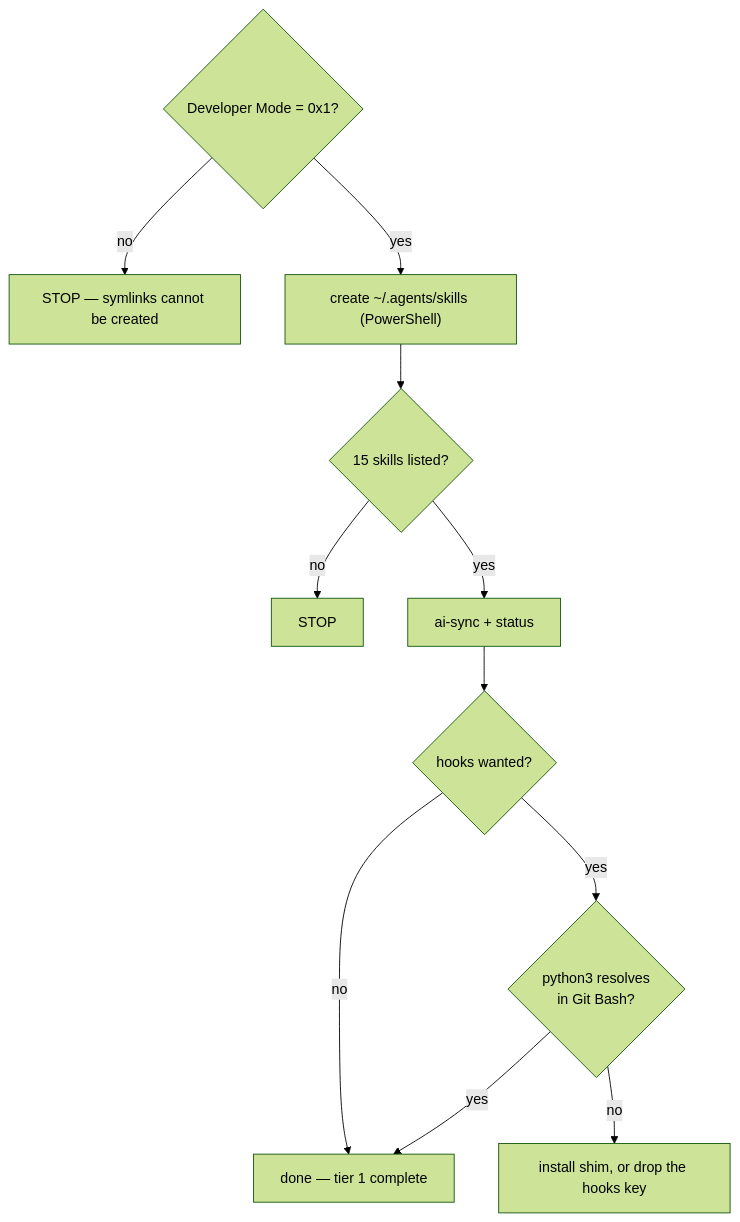
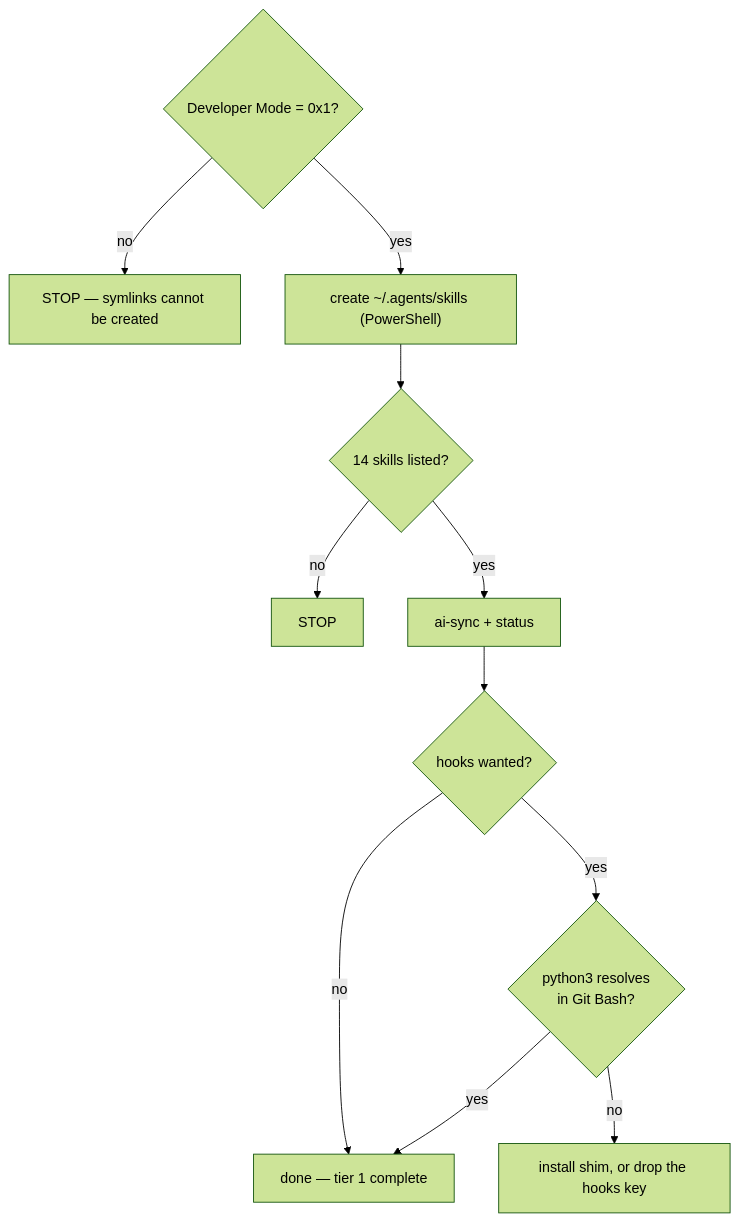
One commit to ozanozcan/ai-wow changed diagram 11 of 11 in HOW-TO-USE.agent.md. Above: the diagram before and after it, drawn with Mermaid (forest theme). The commit also changed other lines of this file and 107 other files, not shown here.

````diff
--- a/HOW-TO-USE.agent.md
+++ b/HOW-TO-USE.agent.md
@@ -342,13 +346,13 @@
 ```mermaid
 flowchart TD
   A{"Developer Mode = 0x1?"} -->|no| A1["STOP — symlinks cannot be created"]
   A -->|yes| B["create ~/.agents/skills (PowerShell)"]
-  B --> C{"15 skills listed?"}
+  B --> C{"14 skills listed?"}
   C -->|no| C1["STOP"]
   C -->|yes| D["ai-sync + status"]
   D --> E{"hooks wanted?"}
   E -->|no| DONE["done — tier 1 complete"]
   E -->|yes| F{"python3 resolves<br/>in Git Bash?"}
   F -->|no| F1["install shim, or drop the hooks key"]
   F -->|yes| DONE
 ```
````
